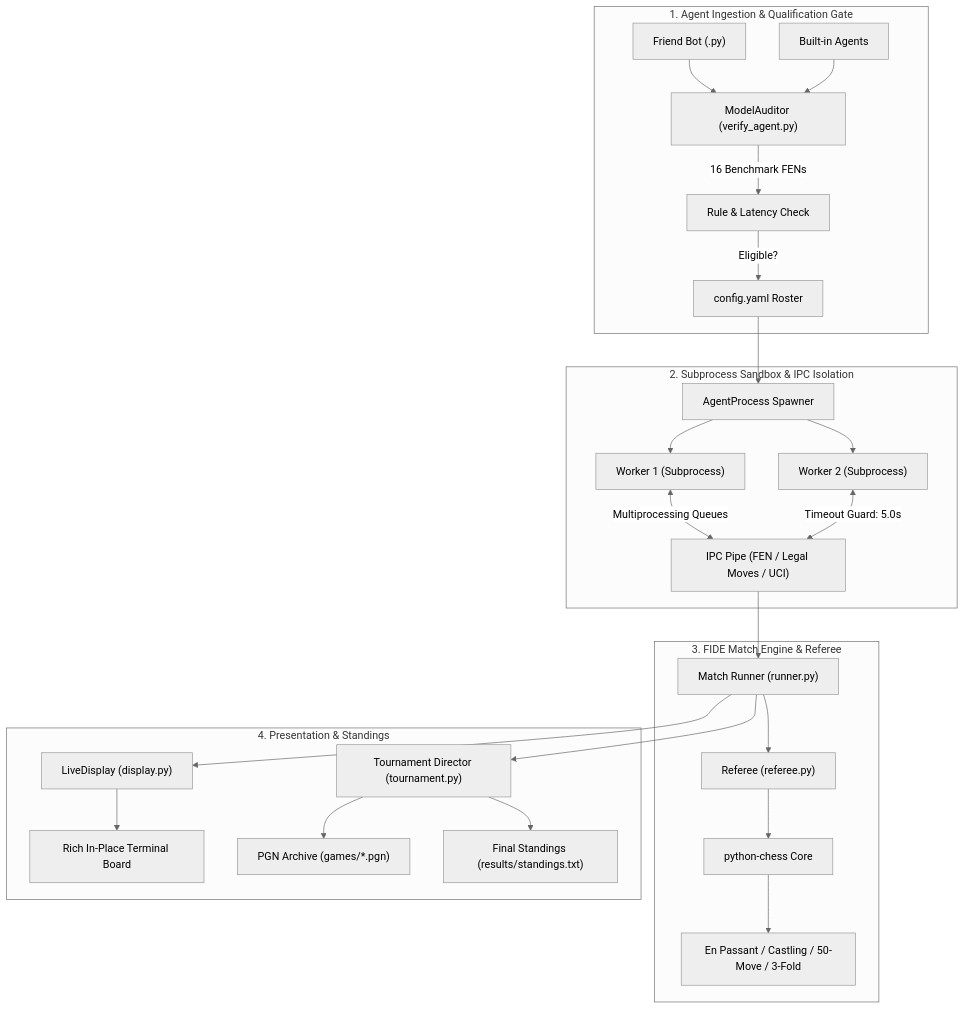
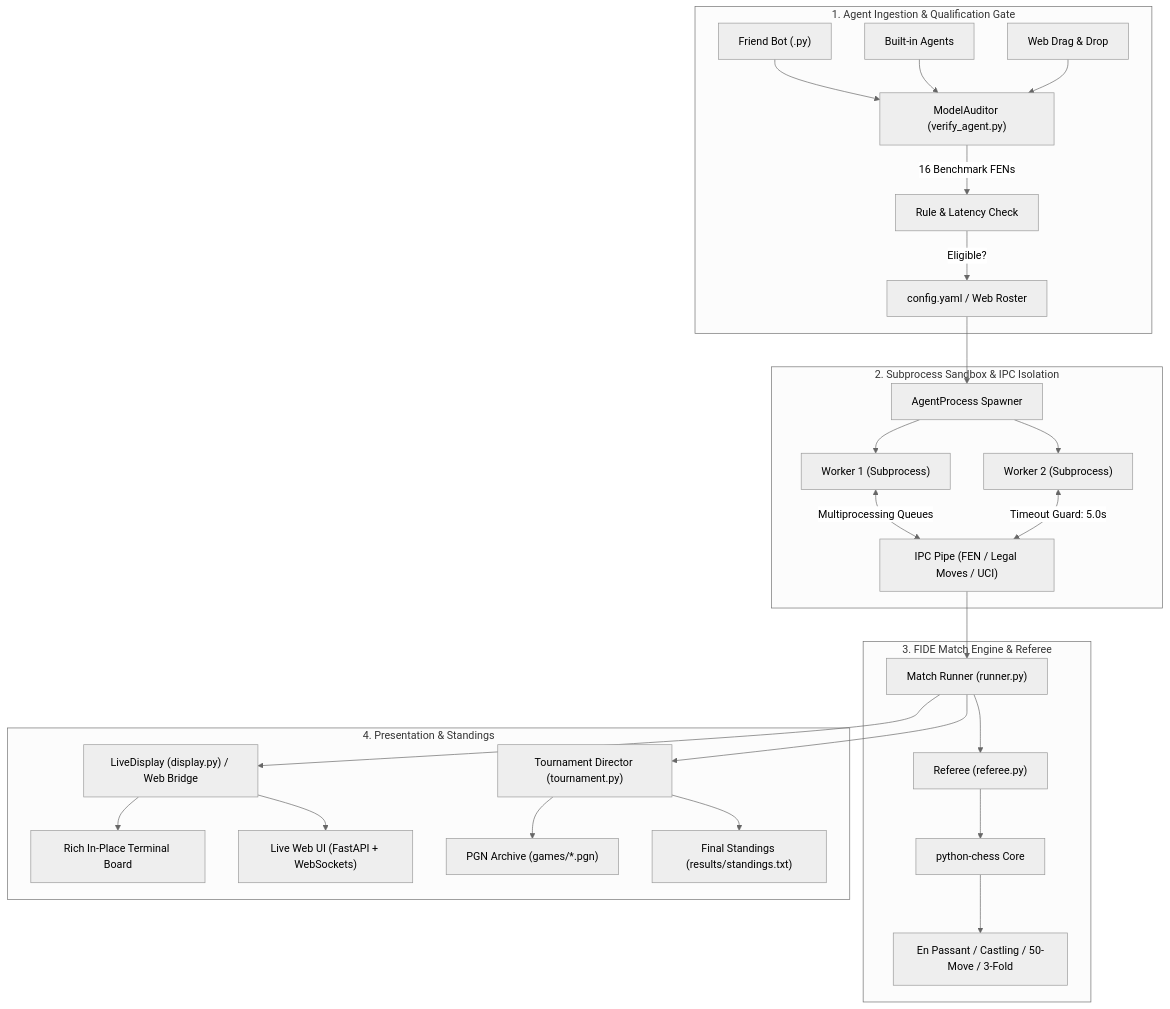
Before and after one commit to FreakyAdy/chessy: the diagram in README.md, drawn with Mermaid (neutral theme). The commit also changed other lines of this file and 6 other files, not shown here.

````diff
--- a/README.md
+++ b/README.md
@@ -262,32 +397,34 @@
 ```mermaid
 flowchart TD
     subgraph INGESTION["1. Agent Ingestion & Qualification Gate"]
         M1["Friend Bot (.py)"] --> AUD["ModelAuditor (verify_agent.py)"]
         M2["Built-in Agents"] --> AUD
+        M3["Web Drag & Drop"] --> AUD
         AUD -->|16 Benchmark FENs| CHK["Rule & Latency Check"]
-        CHK -->|Eligible?| CFG["config.yaml Roster"]
+        CHK -->|Eligible?| CFG["config.yaml / Web Roster"]
     end
 
     subgraph SANDBOX["2. Subprocess Sandbox & IPC Isolation"]
         CFG --> AP["AgentProcess Spawner"]
         AP --> P1["Worker 1 (Subprocess)"]
         AP --> P2["Worker 2 (Subprocess)"]
         P1 <-->|Multiprocessing Queues| IPC["IPC Pipe (FEN / Legal Moves / UCI)"]
         P2 <-->|Timeout Guard: 5.0s| IPC
     end
 
     subgraph ENGINE["3. FIDE Match Engine & Referee"]
         IPC --> MATCH["Match Runner (runner.py)"]
         MATCH --> REF["Referee (referee.py)"]
         REF --> FIDE["python-chess Core"]
         FIDE --> RULES["En Passant / Castling / 50-Move / 3-Fold"]
     end
 
     subgraph PRESENTATION["4. Presentation & Standings"]
-        MATCH --> DISP["LiveDisplay (display.py)"]
+        MATCH --> DISP["LiveDisplay (display.py) / Web Bridge"]
         DISP --> TUI["Rich In-Place Terminal Board"]
+        DISP --> WEB["Live Web UI (FastAPI + WebSockets)"]
         MATCH --> TOUR["Tournament Director (tournament.py)"]
         TOUR --> PGN["PGN Archive (games/*.pgn)"]
         TOUR --> RES["Final Standings (results/standings.txt)"]
     end
 ```
````
